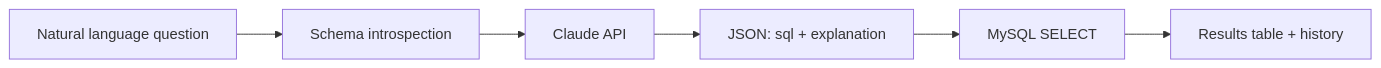
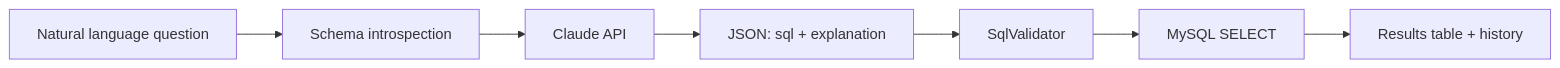
The diagram in README.md (memo2k/text-to-sql-ai), drawn with Mermaid before and after one commit. The commit also changed other lines of this file, not shown here.

````diff
--- a/README.md
+++ b/README.md
@@ -20,8 +19,9 @@
 ```mermaid
 flowchart LR
   A[Natural language question] --> B[Schema introspection]
   B --> C[Claude API]
   C --> D[JSON: sql + explanation]
-  D --> E[MySQL SELECT]
-  E --> F[Results table + history]
+  D --> E[SqlValidator]
+  E --> F[MySQL SELECT]
+  F --> G[Results table + history]
 ```
````
